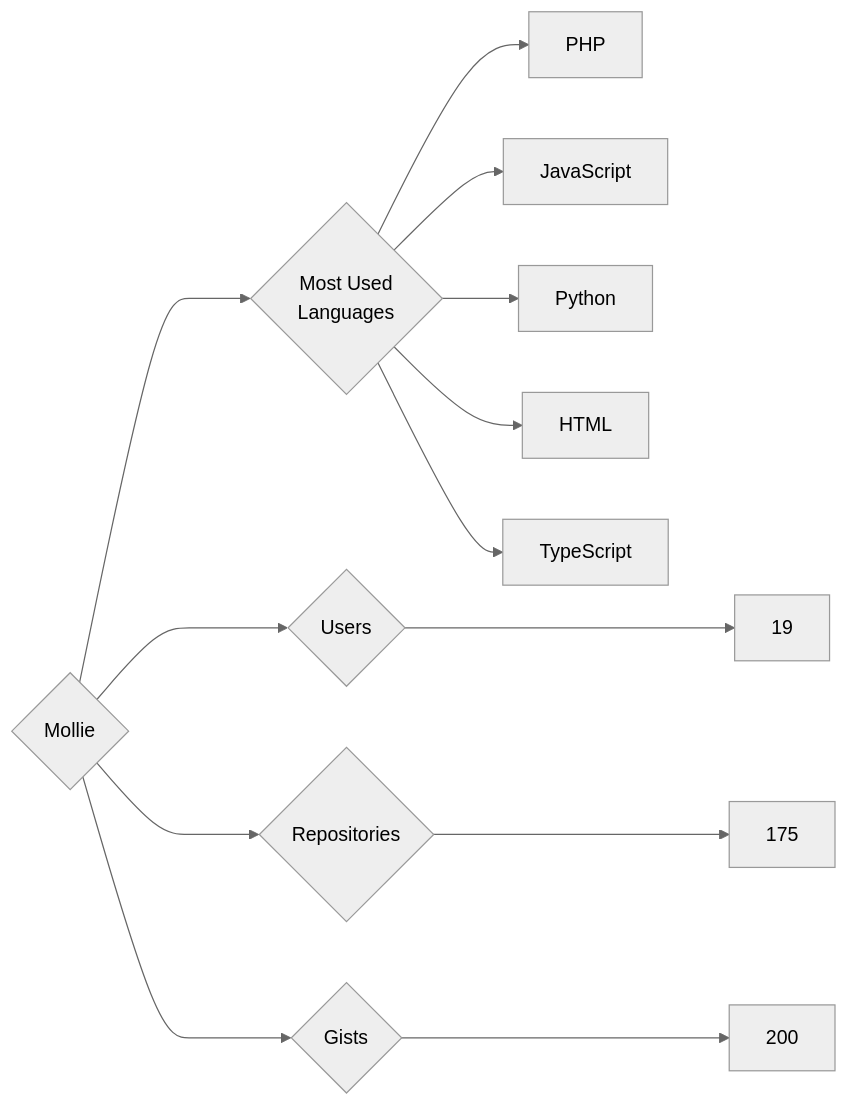
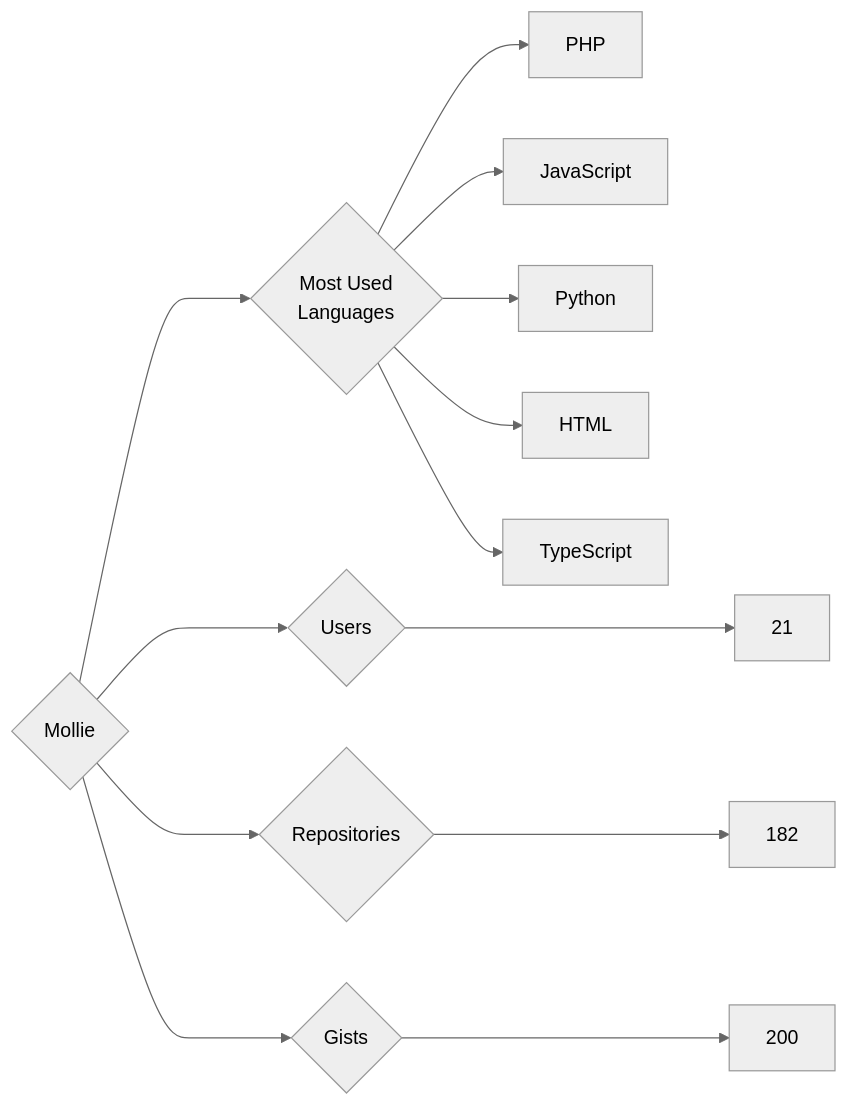
One commit to trickest/insiders changed the diagram in targets/Mollie/README.md. Above: the diagram before and after it, drawn with Mermaid (neutral theme). The commit also changed 964 other files, not shown here.

````diff
--- a/targets/Mollie/README.md
+++ b/targets/Mollie/README.md
@@ -3,13 +3,13 @@
 ```mermaid
 graph LR
 COMPANY_NAME{Mollie}
-COMPANY_NAME ---> U{Users} ---> UN[19]
-COMPANY_NAME ---> R{Repositories} ---> RN[175]
+COMPANY_NAME ---> U{Users} ---> UN[21]
+COMPANY_NAME ---> R{Repositories} ---> RN[182]
 COMPANY_NAME ---> G{Gists} ---> GN[200]
 COMPANY_NAME ---> ML{Most Used<br>Languages}
 ML --> PHP[PHP]
 ML --> JavaScript[JavaScript]
 ML --> Python[Python]
 ML --> HTML[HTML]
 ML --> TypeScript[TypeScript]
 ```
````
